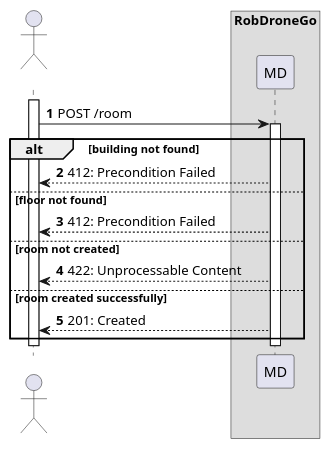
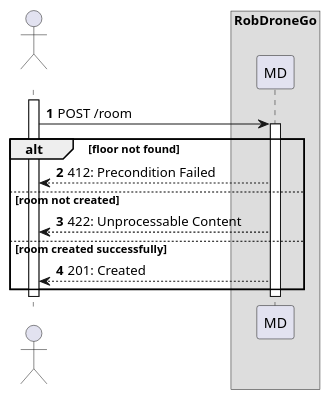
One commit to Departamento-de-Engenharia-Informatica/lapr5-23-24-g19 changed the diagram in docs/us310/level2/process-view.puml. Above: the diagram before and after it, drawn with PlantUML. The commit also changed 2 other files, not shown here.

```diff
--- a/docs/us310/level2/process-view.puml
+++ b/docs/us310/level2/process-view.puml
@@ -1,26 +1,24 @@
 @startuml
 autonumber
 
 actor " " as actor
 box "RobDroneGo"
 participant "MD" as mdr
 
 activate actor
     actor -> mdr: POST /room
     activate mdr
 
-    alt building not found
-        mdr --> actor : 412: Precondition Failed
-    else floor not found
+    alt  floor not found
         mdr --> actor : 412: Precondition Failed
     else room not created
         mdr --> actor : 422: Unprocessable Content
     else room created successfully
         mdr --> actor : 201: Created
     end
 
     deactivate mdr
 deactivate actor
 
 
 @enduml
```
